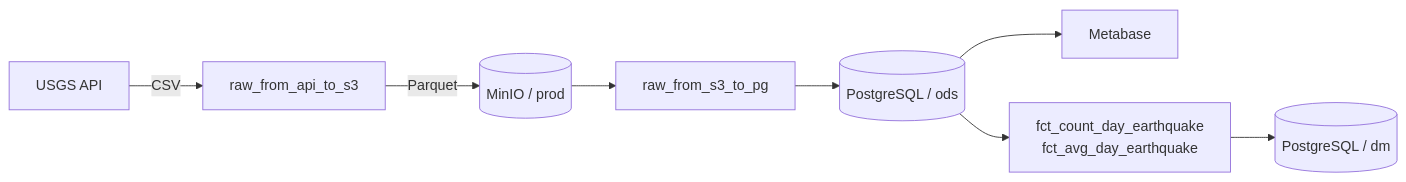
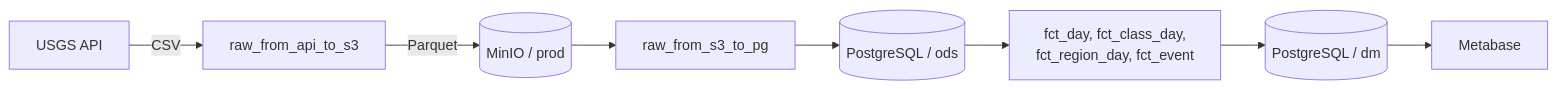
Before and after one commit to kostindata/earthquake_data_pipeline: the diagram in README.md, drawn with Mermaid. The commit also changed other lines of this file and 10 other files, not shown here.

Commit message:
Add dm marts for the dashboard, read cards from dm, drop superseded fct_count/avg

````diff
--- a/README.md
+++ b/README.md
@@ -22,10 +22,10 @@
 ```mermaid
 flowchart LR
     USGS[USGS API] -->|CSV| RAW[raw_from_api_to_s3]
     RAW -->|Parquet| MINIO[(MinIO / prod)]
     MINIO --> ODS_DAG[raw_from_s3_to_pg]
     ODS_DAG --> ODS[(PostgreSQL / ods)]
-    ODS --> MB[Metabase]
-    ODS --> FCT["fct_count_day_earthquake<br/>fct_avg_day_earthquake"]
-    FCT --> DM[(PostgreSQL / dm)]
+    ODS --> DM_DAGS["fct_day, fct_class_day,<br/>fct_region_day, fct_event"]
+    DM_DAGS --> DM[(PostgreSQL / dm)]
+    DM --> MB[Metabase]
 ```
````
